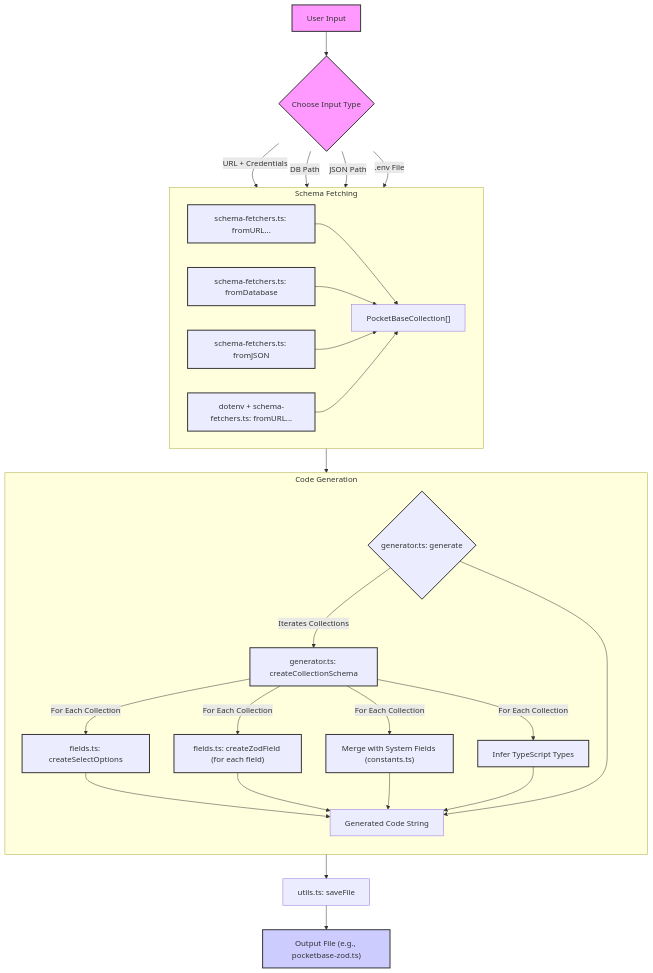
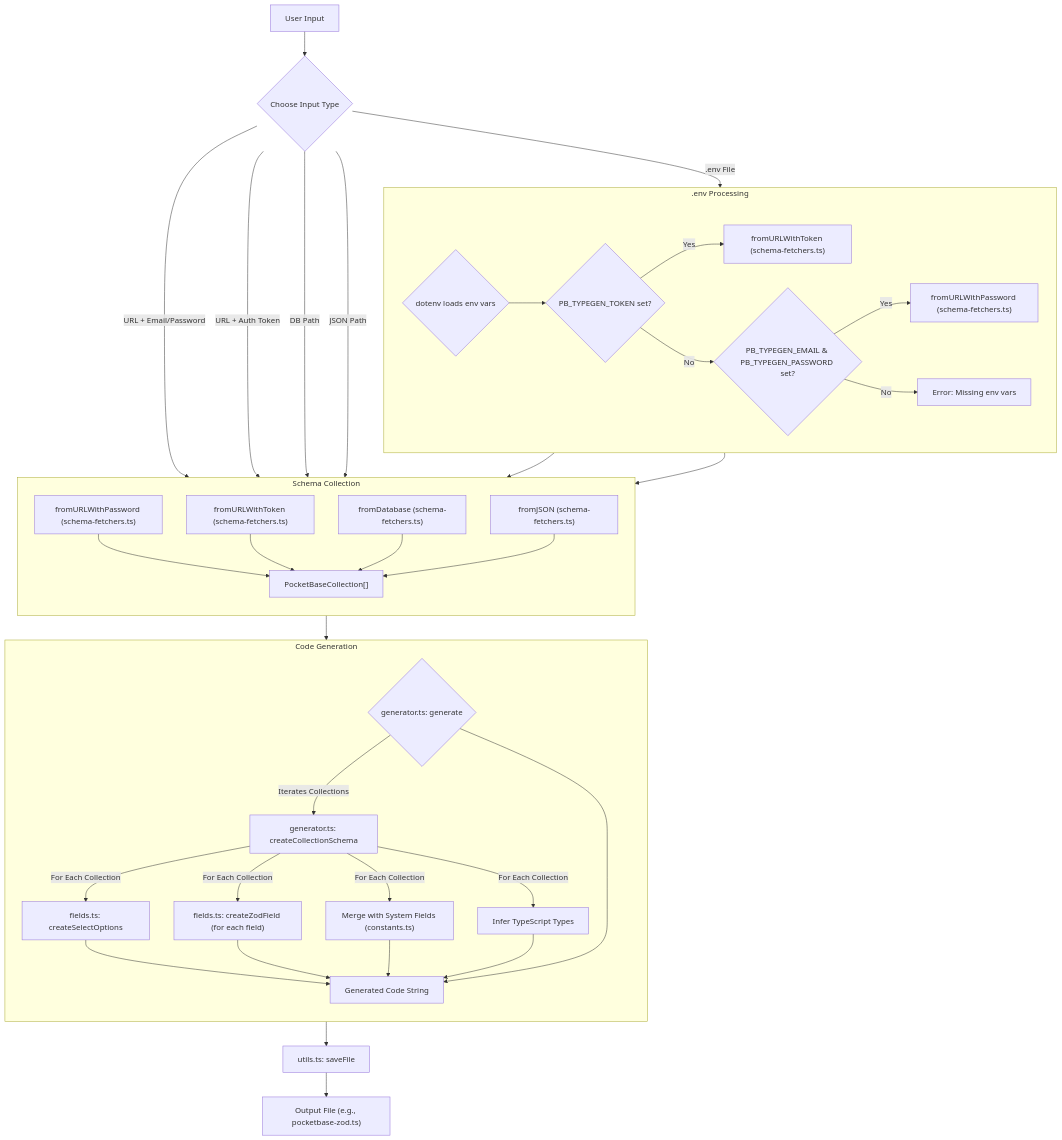
The diagram in README.md (MartinBspheroid/pb-zod), drawn with Mermaid before and after one commit. The commit also changed other lines of this file, not shown here.

Commit message:
docs: revise mermaid diagram for clarity and dark mode
- Remove colors from diagram for better readability in dark mode.
- Expand schema fetching details to show specific functions from schema-fetchers.ts and .env processing logic.
- Adjust diagram layout to be more vertical.
- Update accompanying explanation in README to match the revised diagram.

````diff
--- a/README.md
+++ b/README.md
@@ -132,45 +132,48 @@
 ```mermaid
 graph TD
     A[User Input] --> B{Choose Input Type};
-    B -- URL + Credentials --> C[fromURLWithPassword / fromURLWithToken];
-    B -- DB Path --> D[fromDatabase];
-    B -- JSON Path --> E[fromJSON];
-    B -- .env File --> F[dotenv + fromURLWithPassword / fromURLWithToken];
 
-    subgraph Schema Fetching
+    B -- URL + Email/Password --> BA["fromURLWithPassword (schema-fetchers.ts)"];
+    B -- URL + Auth Token --> BB["fromURLWithToken (schema-fetchers.ts)"];
+    B -- DB Path --> BC["fromDatabase (schema-fetchers.ts)"];
+    B -- JSON Path --> BD["fromJSON (schema-fetchers.ts)"];
+    B -- .env File --> BE{"dotenv loads env vars"};
+
+    subgraph .env Processing
         direction LR
-        C["schema-fetchers.ts: fromURL..."] --> G["PocketBaseCollection[]"];
-        D["schema-fetchers.ts: fromDatabase"] --> G;
-        E["schema-fetchers.ts: fromJSON"] --> G;
-        F["dotenv + schema-fetchers.ts: fromURL..."] --> G;
+        BE --> BF{"PB_TYPEGEN_TOKEN set?"};
+        BF -- Yes --> BG["fromURLWithToken (schema-fetchers.ts)"];
+        BF -- No --> BH{"PB_TYPEGEN_EMAIL & PB_TYPEGEN_PASSWORD set?"};
+        BH -- Yes --> BI["fromURLWithPassword (schema-fetchers.ts)"];
+        BH -- No --> BJ["Error: Missing env vars"];
+    end
+
+    subgraph Schema Collection
+        direction TB
+        BA --> G["PocketBaseCollection[]"];
+        BB --> G;
+        BC --> G;
+        BD --> G;
+        BG --> G;
+        BI --> G;
     end
 
     G --> H{"generator.ts: generate"};
 
     subgraph Code Generation
         direction TB
         H -- Iterates Collections --> I["generator.ts: createCollectionSchema"];
         I -- For Each Collection --> J["fields.ts: createSelectOptions"];
         I -- For Each Collection --> K["fields.ts: createZodField (for each field)"];
         I -- For Each Collection --> L["Merge with System Fields (constants.ts)"];
         I -- For Each Collection --> M["Infer TypeScript Types"];
         J --> N["Generated Code String"];
         K --> N;
         L --> N;
         M --> N;
     end
 
     H --> N;
     N --> O["utils.ts: saveFile"];
     O --> P["Output File (e.g., pocketbase-zod.ts)"];
-
-    style A fill:#f9f,stroke:#333,stroke-width:2px
-    style B fill:#f9f,stroke:#333,stroke-width:2px
-    style P fill:#ccf,stroke:#333,stroke-width:2px
-
-    classDef schemaFetcher fill:#lightgreen,stroke:#333,stroke-width:2px;
-    class C,D,E,F schemaFetcher;
-
-    classDef generator fill:#lightblue,stroke:#333,stroke-width:2px;
-    class H,I,J,K,L,M generator;
 ```
````
